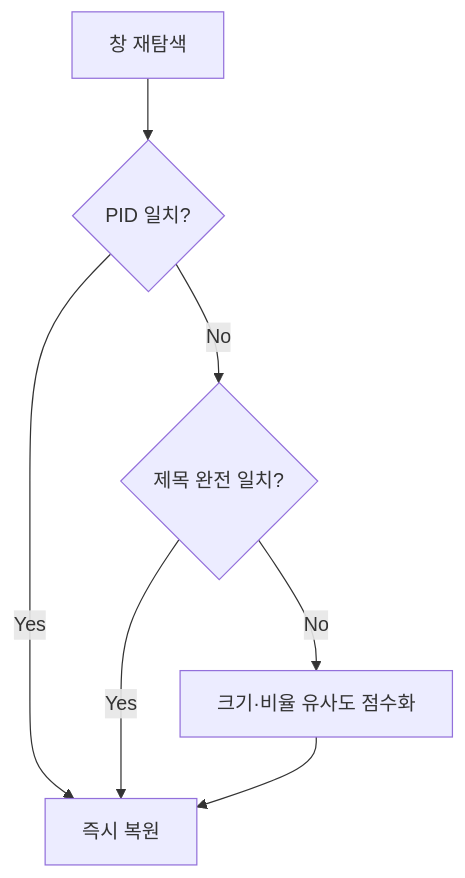
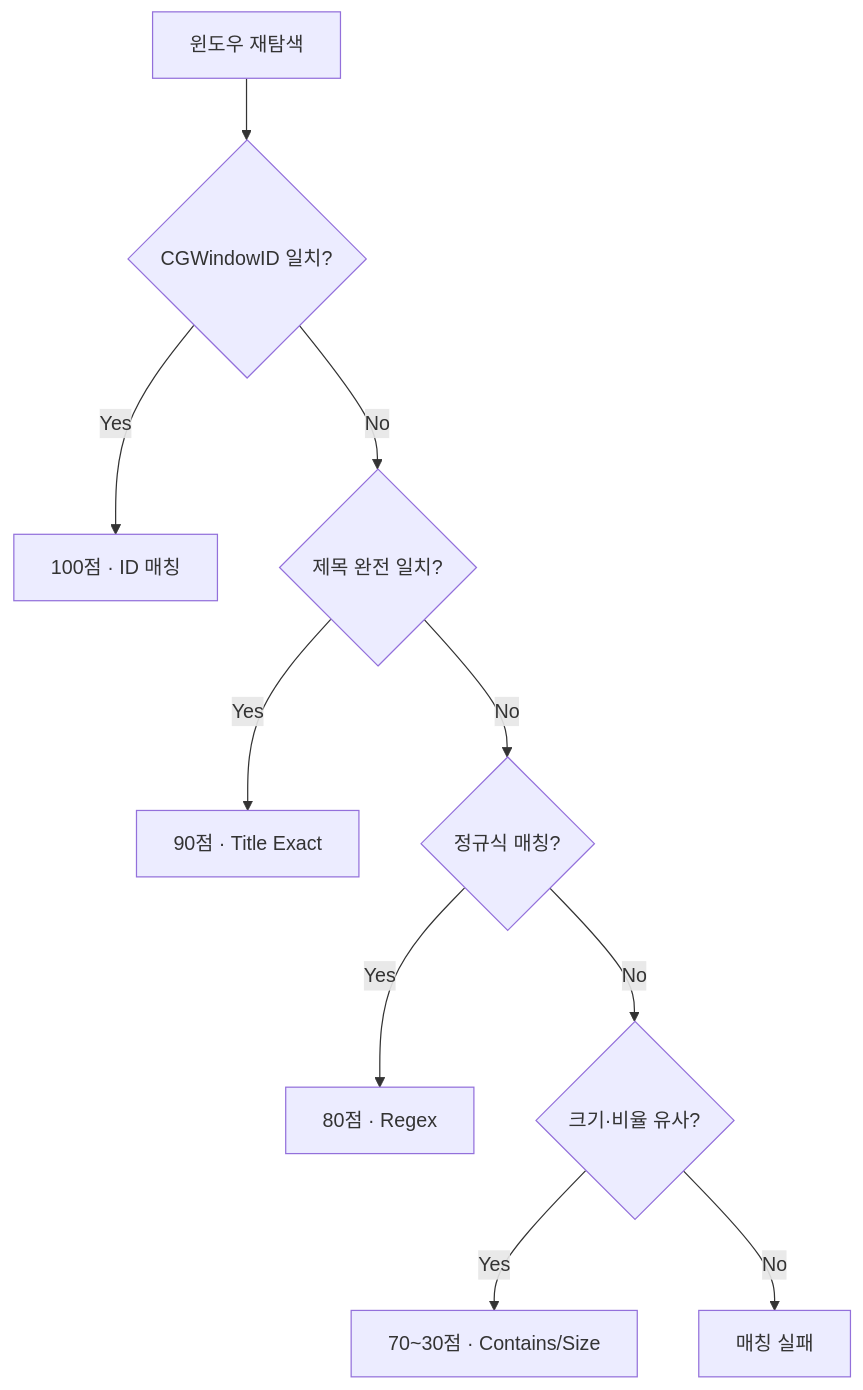
Before and after one commit to Finfra/m2slide: the first of 3 diagrams in Projects/m2Slide_single_mode/m2SlideStyle.md, drawn with Mermaid. The commit also changed other lines of this file and 3 other files, not shown here.

````diff
--- a/Projects/m2Slide_single_mode/m2SlideStyle.md
+++ b/Projects/m2Slide_single_mode/m2SlideStyle.md
@@ -100,9 +107,12 @@
 ```mermaid
 graph TD
-    A[창 재탐색] --> B{PID 일치?}
-    B -- Yes --> E[즉시 복원]
+    A[윈도우 재탐색] --> B{CGWindowID 일치?}
+    B -- Yes --> S1[100점 · ID 매칭]
     B -- No --> C{제목 완전 일치?}
-    C -- Yes --> E
-    C -- No --> D[크기·비율 유사도 점수화]
-    D --> E
+    C -- Yes --> S2[90점 · Title Exact]
+    C -- No --> D{정규식 매칭?}
+    D -- Yes --> S3[80점 · Regex]
+    D -- No --> E{크기·비율 유사?}
+    E -- Yes --> S4[70~30점 · Contains/Size]
+    E -- No --> S5[매칭 실패]
 ```
````
